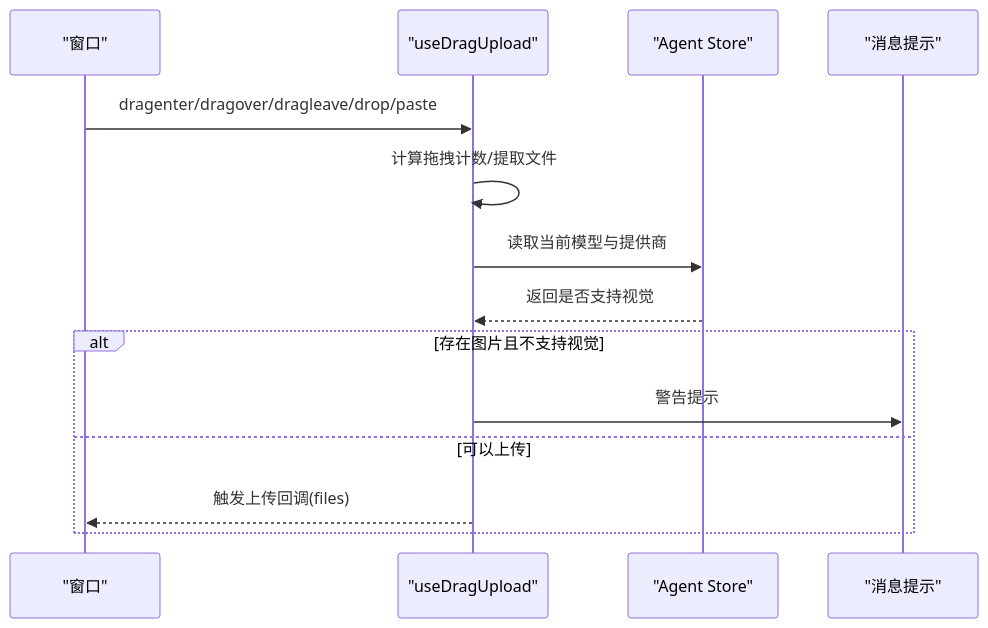
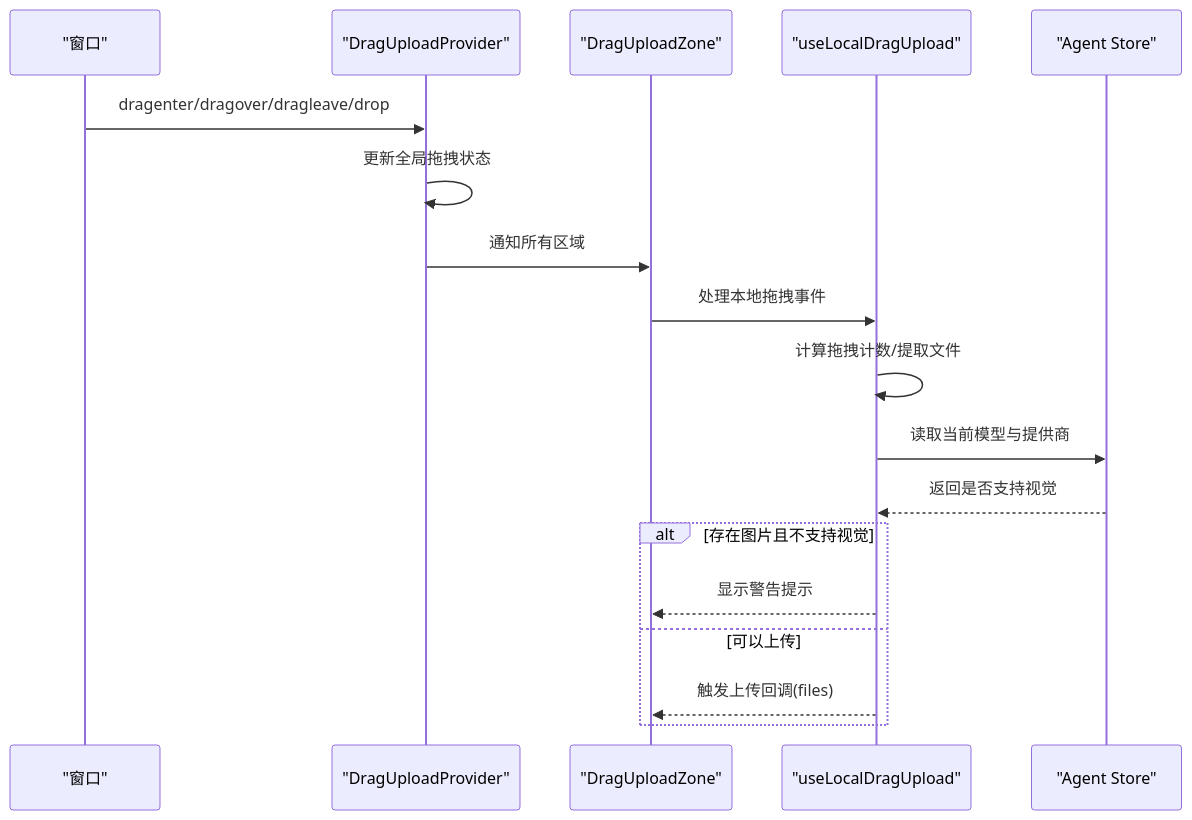
The fifth of 7 diagrams in .qoder/repowiki/zh/content/组件系统/组件系统.md (AvatoLabs/avato), drawn with Mermaid before and after one commit. The commit also changed other lines of this file and 158 other files, not shown here.

````diff
--- a/.qoder/repowiki/zh/content/组件系统/组件系统.md
+++ b/.qoder/repowiki/zh/content/组件系统/组件系统.md
@@ -229,16 +288,20 @@
 ```mermaid
 sequenceDiagram
 participant Window as "窗口"
-participant Hook as "useDragUpload"
+participant Provider as "DragUploadProvider"
+participant Zone as "DragUploadZone"
+participant Hook as "useLocalDragUpload"
 participant Store as "Agent Store"
-participant UI as "消息提示"
-Window->>Hook : dragenter/dragover/dragleave/drop/paste
+Window->>Provider : dragenter/dragover/dragleave/drop
+Provider->>Provider : 更新全局拖拽状态
+Provider->>Zone : 通知所有区域
+Zone->>Hook : 处理本地拖拽事件
 Hook->>Hook : 计算拖拽计数/提取文件
 Hook->>Store : 读取当前模型与提供商
 Store-->>Hook : 返回是否支持视觉
 alt 存在图片且不支持视觉
-Hook->>UI : 警告提示
+Hook-->>Zone : 显示警告提示
 else 可以上传
-Hook-->>Window : 触发上传回调(files)
+Hook-->>Zone : 触发上传回调(files)
 end
 ```
````
